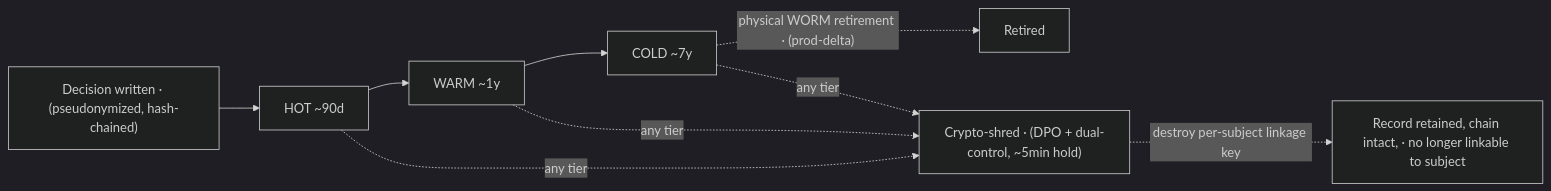
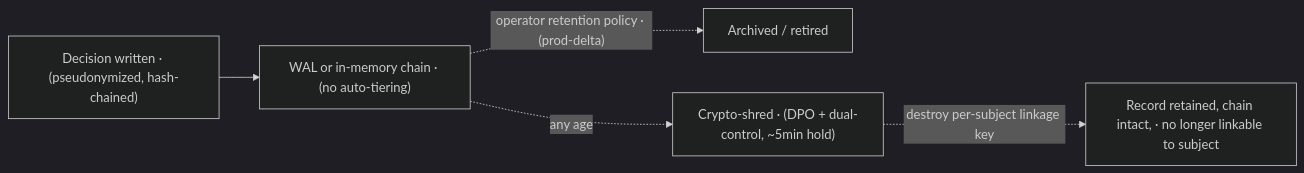
Before and after one commit to modootoday/humanymous: the diagram in docs/explanation/dpia-companion.md, drawn with Mermaid (dark theme). The commit also changed other lines of this file and 34 other files, not shown here.

````diff
--- a/docs/explanation/dpia-companion.md
+++ b/docs/explanation/dpia-companion.md
@@ -147,11 +147,7 @@
 ```mermaid
 flowchart LR
-  W["Decision written · (pseudonymized, hash-chained)"] --> H["HOT ~90d"]
-  H --> WA["WARM ~1y"]
-  WA --> CO["COLD ~7y"]
-  CO -. "physical WORM retirement · (prod-delta)" .-> RET["Retired"]
+  W["Decision written · (pseudonymized, hash-chained)"] --> A["WAL or in-memory chain · (no auto-tiering)"]
+  A -. "operator retention policy · (prod-delta)" .-> RET["Archived / retired"]
   ER["Crypto-shred · (DPO + dual-control, ~5min hold)"] -. "destroy per-subject linkage key" .-> UN["Record retained, chain intact, · no longer linkable to subject"]
-  H -. any tier .-> ER
-  WA -. any tier .-> ER
-  CO -. any tier .-> ER
+  A -. any age .-> ER
 ```
````
